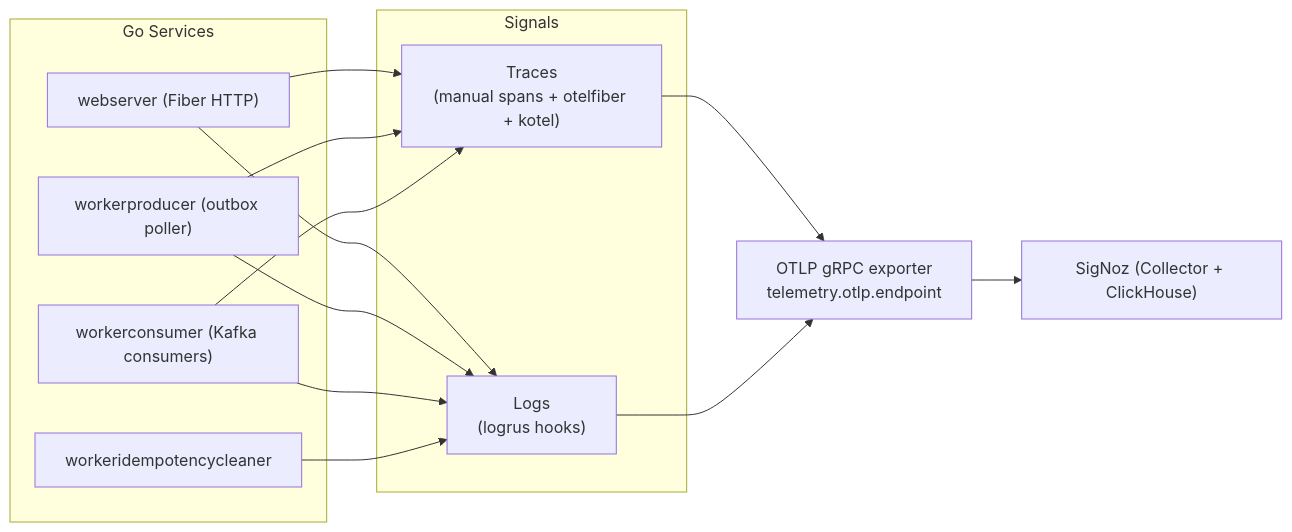
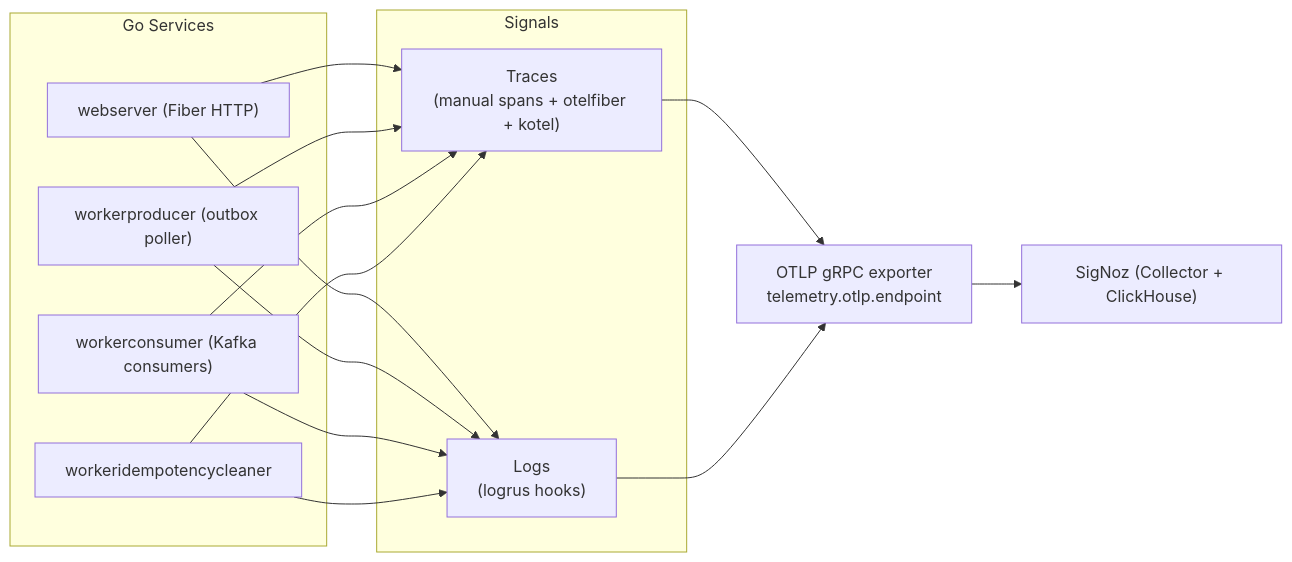
One commit to Hidayathamir/golang-clean-architecture changed the first of 8 diagrams in .opencode/skills/otel-architecture/SKILL.md. Above: the diagram before and after it, drawn with Mermaid. The commit also changed other lines of this file and 3 other files, not shown here.

````diff
--- a/.opencode/skills/otel-architecture/SKILL.md
+++ b/.opencode/skills/otel-architecture/SKILL.md
@@ -27,29 +27,30 @@
 ```mermaid
 flowchart LR
     subgraph App[Go Services]
         Web["webserver (Fiber HTTP)"]
         Producer["workerproducer (outbox poller)"]
         Consumer["workerconsumer (Kafka consumers)"]
         Cleaner["workeridempotencycleaner"]
     end
 
     subgraph Signals
         Traces["Traces<br/>(manual spans + otelfiber + kotel)"]
         Logs["Logs<br/>(logrus hooks)"]
     end
 
     OTLP["OTLP gRPC exporter<br/>telemetry.otlp.endpoint"]
     SigNoz["SigNoz (Collector + ClickHouse)"]
 
     Web --> Traces
     Producer --> Traces
     Consumer --> Traces
+    Cleaner --> Traces
     Web --> Logs
     Producer --> Logs
     Consumer --> Logs
     Cleaner --> Logs
 
     Traces --> OTLP
     Logs --> OTLP
     OTLP --> SigNoz
 ```
````
